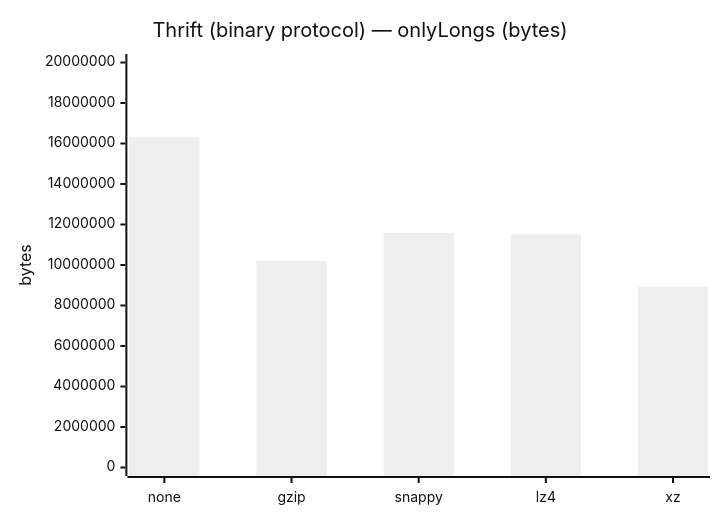
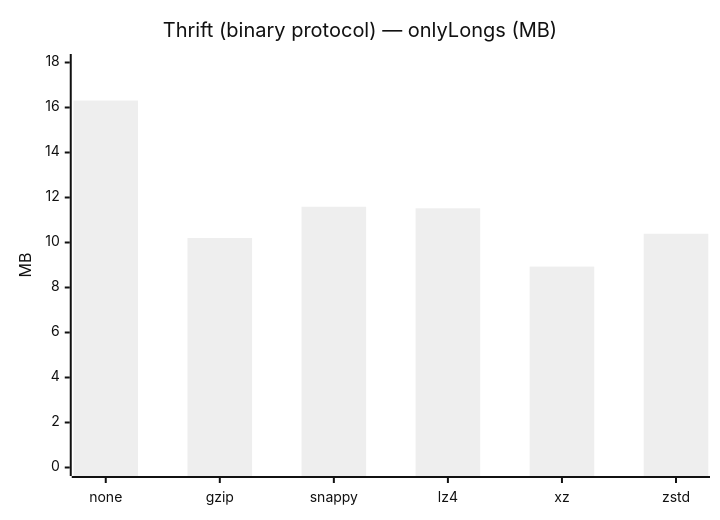
One commit to nryanov/SerializationBenchmark changed diagram 11 of 33 in results/2026/file-sizes.md. Above: the diagram before and after it, drawn with Mermaid (neutral theme). The commit also changed other lines of this file, not shown here.

Commit message:
doc: update file size charts

````diff
--- a/results/2026/file-sizes.md
+++ b/results/2026/file-sizes.md
@@ -150,8 +150,8 @@
 ```mermaid
-%%{init: {"config": {"xyChart": {"width": 525, "height": 360}}}}%%
+%%{init: {"config": {"xyChart": {"width": 610, "height": 360}}}}%%
 xychart-beta
-    title "Thrift (binary protocol) — onlyLongs (bytes)"
-    x-axis ["none", "gzip", "snappy", "lz4", "xz"]
-    y-axis "bytes" 0 --> 20000000
-    bar [16307456, 10196439, 11585112, 11517779, 8933784]
+    title "Thrift (binary protocol) — onlyLongs (MB)"
+    x-axis ["none", "gzip", "snappy", "lz4", "xz", "zstd"]
+    y-axis "MB" 0 --> 18
+    bar [16.31, 10.2, 11.59, 11.52, 8.93, 10.39]
 ```
````
